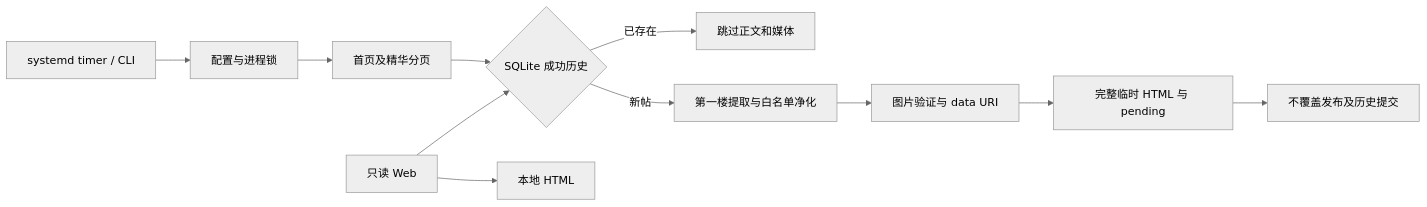
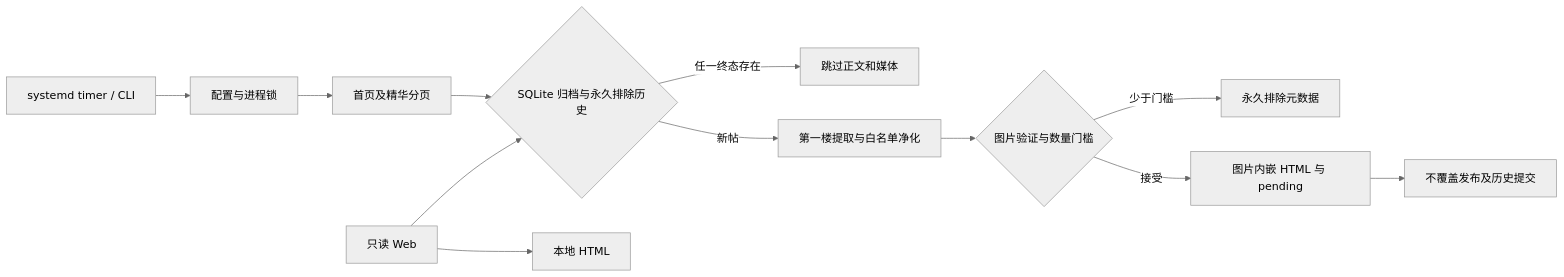
The diagram in docs/ARCHITECTURE.md (livingfree2023/dizcus_crawler), drawn with Mermaid (neutral theme) before and after one commit. The commit also changed other lines of this file and 12 other files, not shown here.

````diff
--- a/docs/ARCHITECTURE.md
+++ b/docs/ARCHITECTURE.md
@@ -5,13 +5,14 @@
 ```mermaid
 flowchart LR
   T[systemd timer / CLI] --> C[配置与进程锁]
   C --> L[首页及精华分页]
-  L --> H{SQLite 成功历史}
-  H -->|已存在| S[跳过正文和媒体]
+  L --> H{SQLite 归档与永久排除历史}
+  H -->|任一终态存在| S[跳过正文和媒体]
   H -->|新帖| P[第一楼提取与白名单净化]
-  P --> I[图片验证与 data URI]
-  I --> A[完整临时 HTML 与 pending]
+  P --> I{图片验证与数量门槛}
+  I -->|少于门槛| R[永久排除元数据]
+  I -->|接受| A[图片内嵌 HTML 与 pending]
   A --> F[不覆盖发布及历史提交]
   W[只读 Web] --> H
   W --> O[本地 HTML]
 ```
````
